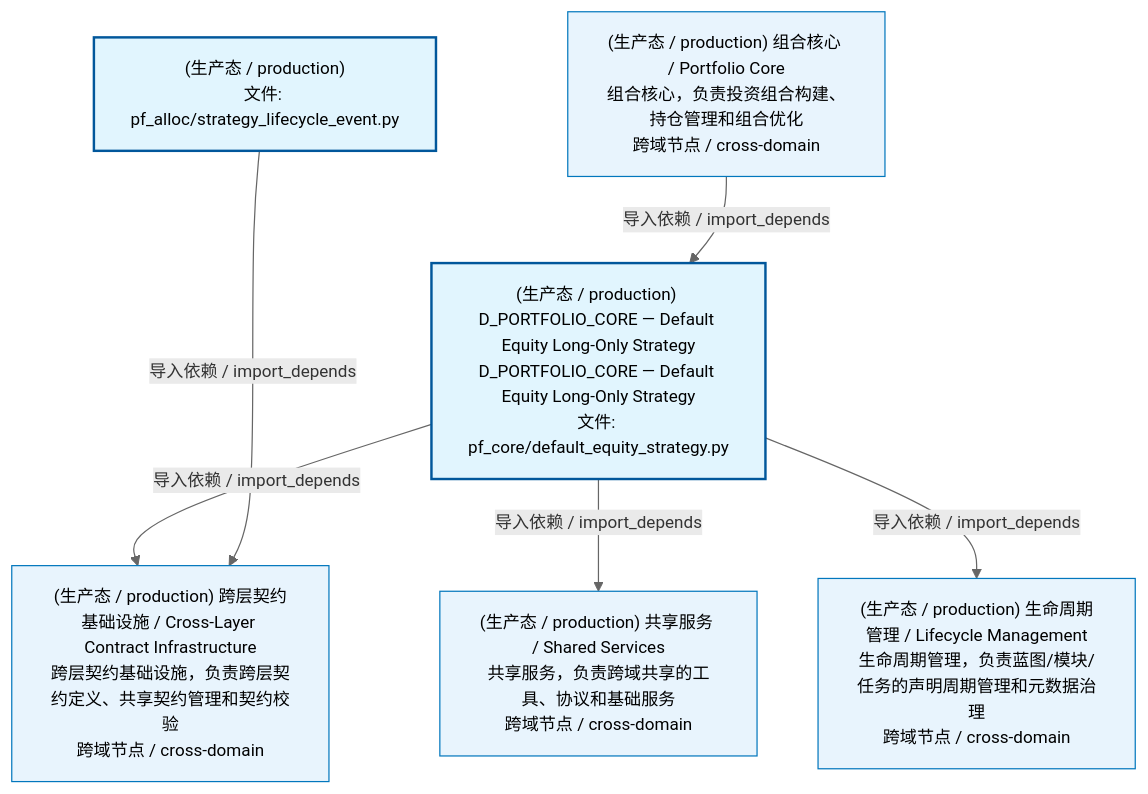
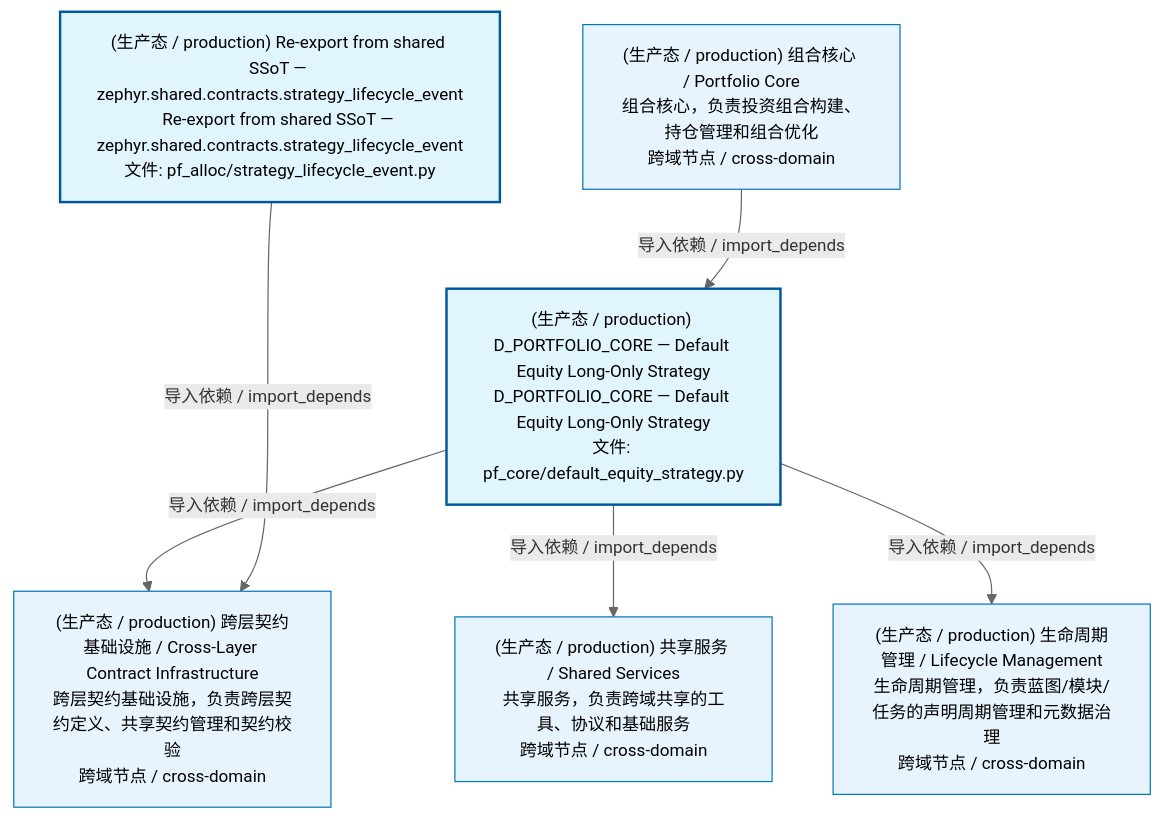
The first of 2 diagrams in docs/02_enterprise_architecture/02_domain_architecture_docs/62_d_pf_alloc.md (xuanFelixVan/ZephyrAlpha), drawn with Mermaid before and after one commit. The commit also changed other lines of this file and 54 other files, not shown here.

````diff
--- a/docs/02_enterprise_architecture/02_domain_architecture_docs/62_d_pf_alloc.md
+++ b/docs/02_enterprise_architecture/02_domain_architecture_docs/62_d_pf_alloc.md
@@ -53,22 +53,22 @@
 ```mermaid
 %%{init: {'theme': 'base', 'themeVariables': {'primaryColor': '#eaeaea', 'primaryTextColor': '#333333', 'primaryBorderColor': '#666666', 'lineColor': '#666666', 'secondaryColor': '#eaeaea', 'tertiaryColor': '#eaeaea', 'fontSize': '14px'}}}%%
 flowchart TD
-    src_zephyr_pf_alloc_strategy_lifecycle_event_py["(生产态 / production)<br/>文件: pf_alloc/strategy_lifecycle_event.py"]
+    src_zephyr_pf_alloc_strategy_lifecycle_event_py["(生产态 / production) Re-export from shared SSoT — zephyr.shared.contracts.strategy_lifecycle_event<br/>Re-export from shared SSoT — zephyr.shared.contracts.strategy_lifecycle_event<br/>文件: pf_alloc/strategy_lifecycle_event.py"]
     src_zephyr_pf_core_default_equity_strategy_py["(生产态 / production) D_PORTFOLIO_CORE — Default Equity Long-Only Strategy<br/>D_PORTFOLIO_CORE — Default Equity Long-Only Strategy<br/>文件: pf_core/default_equity_strategy.py"]
     src_zephyr_pf_alloc_strategy_lifecycle_event_py ~~~ src_zephyr_pf_core_default_equity_strategy_py
     D_INFRASTRUCTURE["(生产态 / production) 跨层契约基础设施 / Cross-Layer Contract Infrastructure<br/>跨层契约基础设施，负责跨层契约定义、共享契约管理和契约校验<br/>跨域节点 / cross-domain"]
     src_zephyr_pf_core_default_equity_strategy_py -->|导入依赖 / import_depends| D_INFRASTRUCTURE
     D_SHARED["(生产态 / production) 共享服务 / Shared Services<br/>共享服务，负责跨域共享的工具、协议和基础服务<br/>跨域节点 / cross-domain"]
     src_zephyr_pf_core_default_equity_strategy_py -->|导入依赖 / import_depends| D_SHARED
     D_GOVERNANCE["(生产态 / production) 生命周期管理 / Lifecycle Management<br/>生命周期管理，负责蓝图/模块/任务的声明周期管理和元数据治理<br/>跨域节点 / cross-domain"]
     src_zephyr_pf_core_default_equity_strategy_py -->|导入依赖 / import_depends| D_GOVERNANCE
     src_zephyr_pf_alloc_strategy_lifecycle_event_py -->|导入依赖 / import_depends| D_INFRASTRUCTURE
     D_PF_CORE["(生产态 / production) 组合核心 / Portfolio Core<br/>组合核心，负责投资组合构建、持仓管理和组合优化<br/>跨域节点 / cross-domain"]
     D_PF_CORE -->|导入依赖 / import_depends| src_zephyr_pf_core_default_equity_strategy_py
     classDef production fill:#e1f5fe,stroke:#01579b,stroke-width:2px,color:#000
     classDef design fill:#fff3e0,stroke:#e65100,stroke-width:2px,color:#000,stroke-dasharray: 5 5
     classDef external_prod fill:#e8f4fd,stroke:#0277bd,stroke-width:1px,color:#000
     classDef external_design fill:#fff8e7,stroke:#ef6c00,stroke-width:1px,color:#000,stroke-dasharray: 5 5
     class src_zephyr_pf_alloc_strategy_lifecycle_event_py,src_zephyr_pf_core_default_equity_strategy_py production
     class D_INFRASTRUCTURE,D_SHARED,D_GOVERNANCE,D_PF_CORE external_prod
 ```
````
